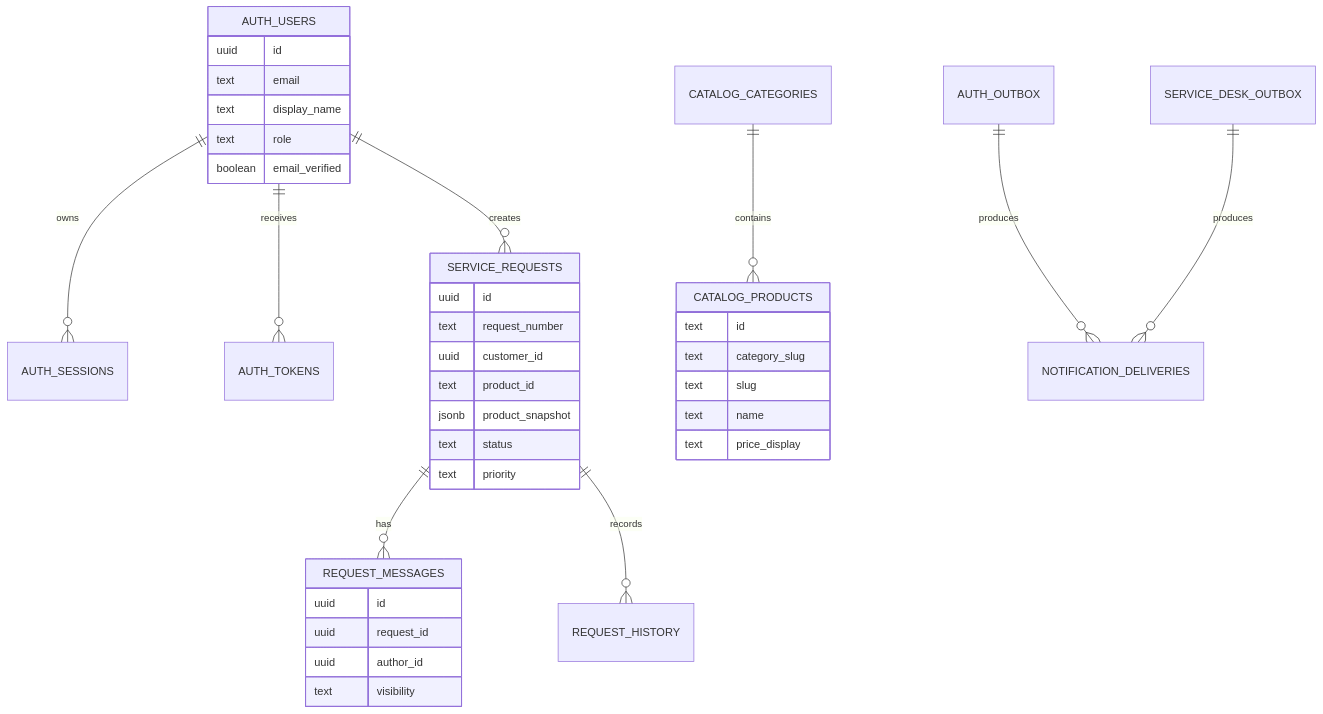
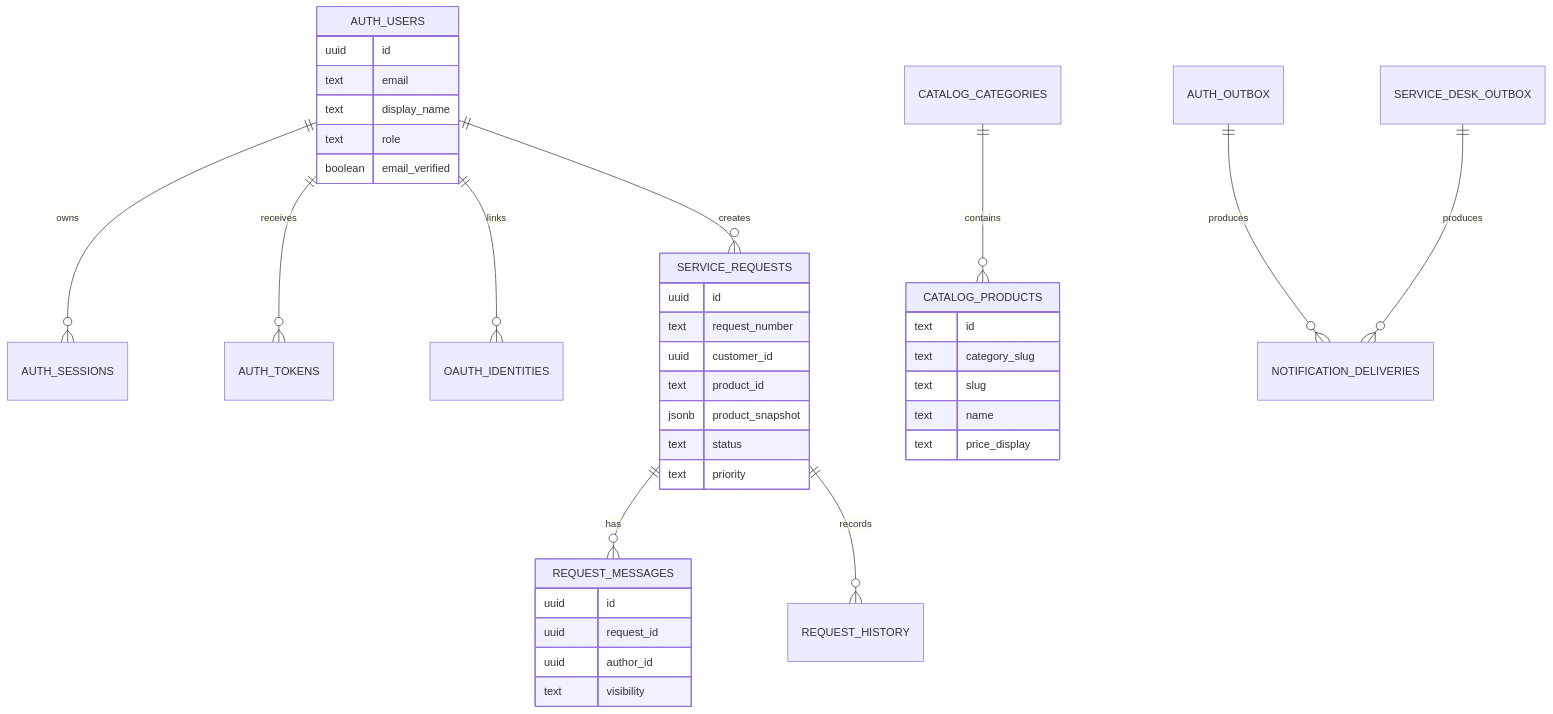
One commit to ka8540/elkatech-launchpad changed the seventh of 7 diagrams in README.md. Above: the diagram before and after it, drawn with Mermaid. The commit also changed other lines of this file and 9 other files, not shown here.

````diff
--- a/README.md
+++ b/README.md
@@ -496,41 +501,42 @@
 ```mermaid
 erDiagram
     AUTH_USERS ||--o{ AUTH_SESSIONS : owns
     AUTH_USERS ||--o{ AUTH_TOKENS : receives
+    AUTH_USERS ||--o{ OAUTH_IDENTITIES : links
     AUTH_USERS ||--o{ SERVICE_REQUESTS : creates
     CATALOG_CATEGORIES ||--o{ CATALOG_PRODUCTS : contains
     SERVICE_REQUESTS ||--o{ REQUEST_MESSAGES : has
     SERVICE_REQUESTS ||--o{ REQUEST_HISTORY : records
     AUTH_OUTBOX ||--o{ NOTIFICATION_DELIVERIES : produces
     SERVICE_DESK_OUTBOX ||--o{ NOTIFICATION_DELIVERIES : produces
 
     AUTH_USERS {
       uuid id
       text email
       text display_name
       text role
       boolean email_verified
     }
     CATALOG_PRODUCTS {
       text id
       text category_slug
       text slug
       text name
       text price_display
     }
     SERVICE_REQUESTS {
       uuid id
       text request_number
       uuid customer_id
       text product_id
       jsonb product_snapshot
       text status
       text priority
     }
     REQUEST_MESSAGES {
       uuid id
       uuid request_id
       uuid author_id
       text visibility
     }
 ```
````
